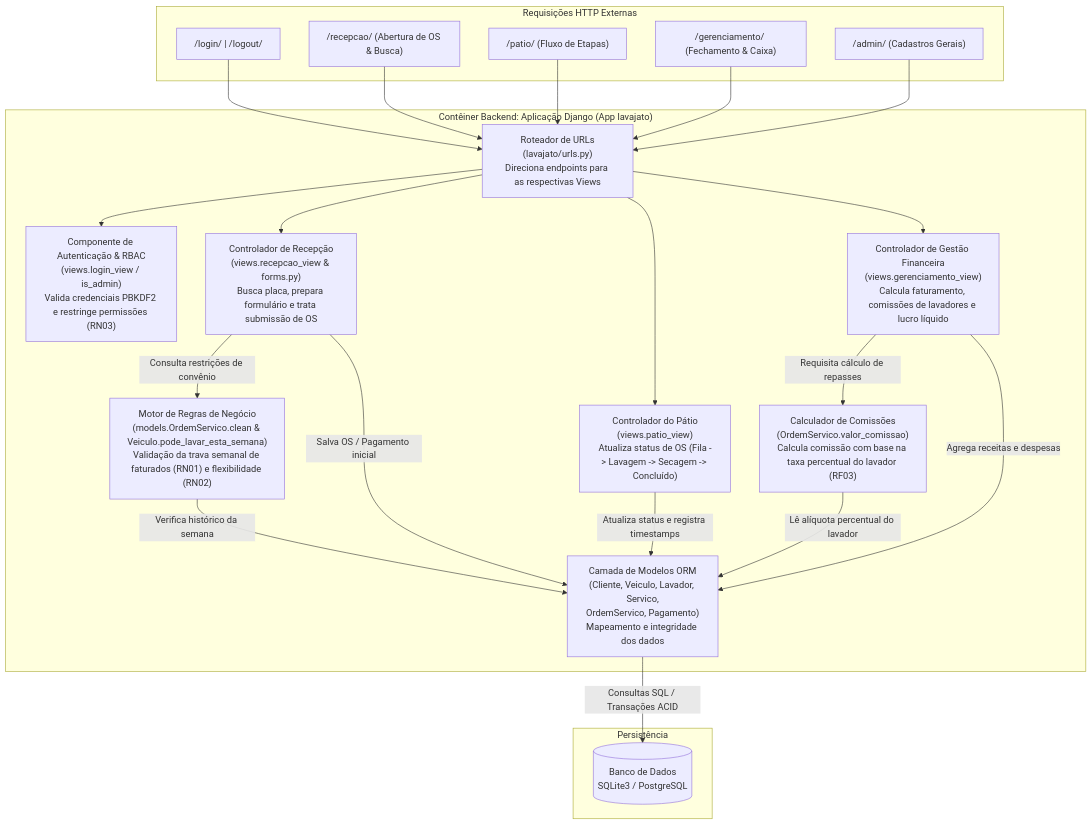
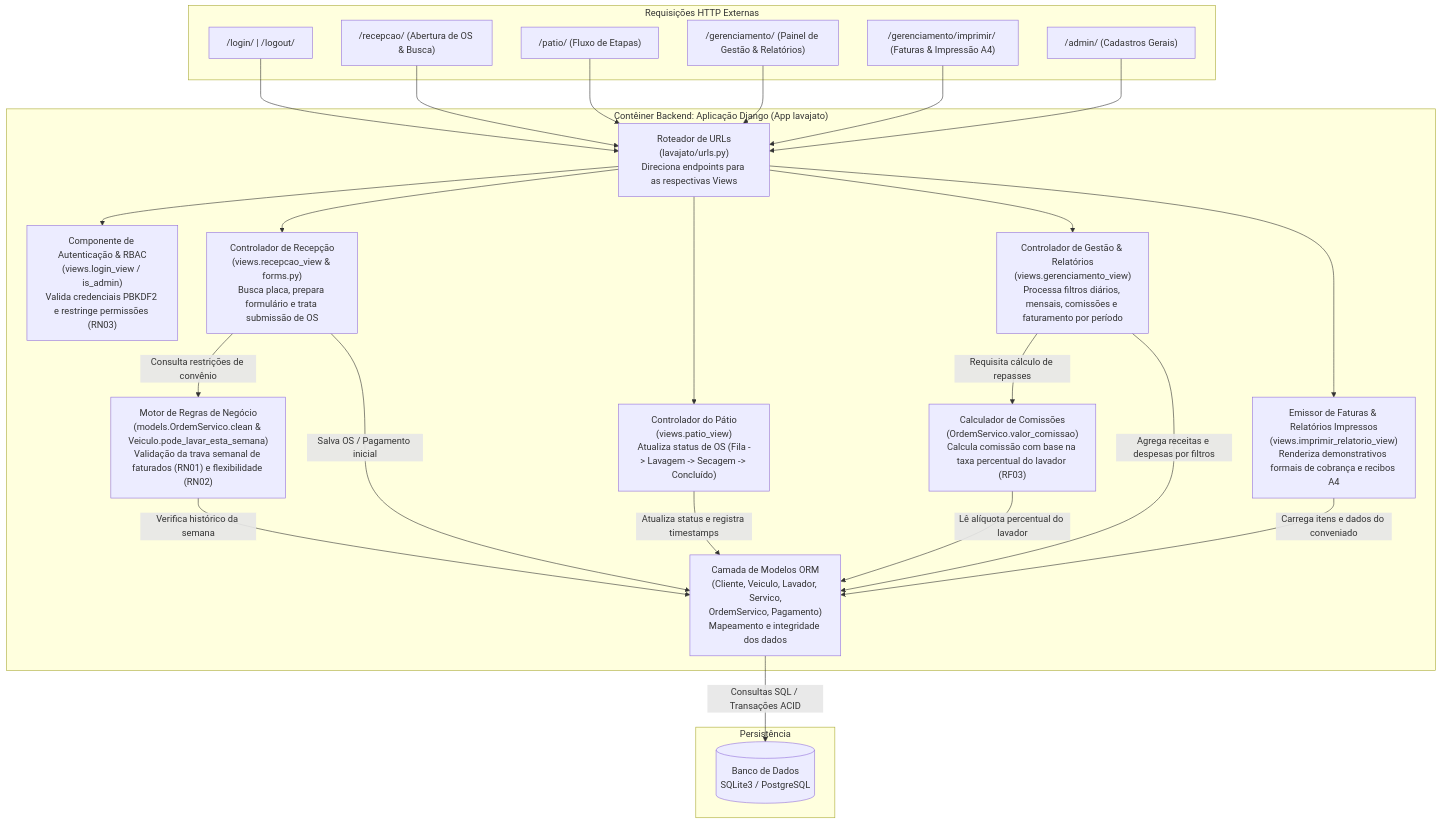
Before and after one commit to ednaldomaciel/projeto_posto_de_lavagem_ciesa: the third of 3 diagrams in docs/arquitetura_e_design.md, drawn with Mermaid. The commit also changed other lines of this file and 35 other files, not shown here.

````diff
--- a/docs/arquitetura_e_design.md
+++ b/docs/arquitetura_e_design.md
@@ -119,54 +119,60 @@
 ```mermaid
 flowchart TD
     subgraph HTTPRequests["Requisições HTTP Externas"]
         ReqLogin["/login/ | /logout/"]
         ReqRecepcao["/recepcao/ (Abertura de OS & Busca)"]
         ReqPatio["/patio/ (Fluxo de Etapas)"]
-        ReqGestao["/gerenciamento/ (Fechamento & Caixa)"]
+        ReqGestao["/gerenciamento/ (Painel de Gestão & Relatórios)"]
+        ReqImprimir["/gerenciamento/imprimir/ (Faturas & Impressão A4)"]
         ReqAdmin["/admin/ (Cadastros Gerais)"]
     end
 
     subgraph DjangoApp["Contêiner Backend: Aplicação Django (App lavajato)"]
         UrlRouter["Roteador de URLs\n(lavajato/urls.py)\nDireciona endpoints para as respectivas Views"]
         
         RBACAuth["Componente de Autenticação & RBAC\n(views.login_view / is_admin)\nValida credenciais PBKDF2 e restringe permissões (RN03)"]
         
         RecepcaoCtrl["Controlador de Recepção\n(views.recepcao_view & forms.py)\nBusca placa, prepara formulário e trata submissão de OS"]
         
         PatioCtrl["Controlador do Pátio\n(views.patio_view)\nAtualiza status de OS (Fila -> Lavagem -> Secagem -> Concluído)"]
         
-        GestaoCtrl["Controlador de Gestão Financeira\n(views.gerenciamento_view)\nCalcula faturamento, comissões de lavadores e lucro líquido"]
+        GestaoCtrl["Controlador de Gestão & Relatórios\n(views.gerenciamento_view)\nProcessa filtros diários, mensais, comissões e faturamento por período"]
+
+        PrintEngine["Emissor de Faturas & Relatórios Impressos\n(views.imprimir_relatorio_view)\nRenderiza demonstrativos formais de cobrança e recibos A4"]
         
         BusinessRules["Motor de Regras de Negócio\n(models.OrdemServico.clean & Veiculo.pode_lavar_esta_semana)\nValidação da trava semanal de faturados (RN01) e flexibilidade (RN02)"]
         
         CommissionEngine["Calculador de Comissões\n(OrdemServico.valor_comissao)\nCalcula comissão com base na taxa percentual do lavador (RF03)"]
 
         ORMModels["Camada de Modelos ORM\n(Cliente, Veiculo, Lavador, Servico,\nOrdemServico, Pagamento)\nMapeamento e integridade dos dados"]
     end
 
     subgraph DataStore["Persistência"]
         DBRelacional[("Banco de Dados\nSQLite3 / PostgreSQL")]
     end
 
     ReqLogin --> UrlRouter
     ReqRecepcao --> UrlRouter
     ReqPatio --> UrlRouter
     ReqGestao --> UrlRouter
+    ReqImprimir --> UrlRouter
     ReqAdmin --> UrlRouter
 
     UrlRouter --> RBACAuth
     UrlRouter --> RecepcaoCtrl
     UrlRouter --> PatioCtrl
     UrlRouter --> GestaoCtrl
+    UrlRouter --> PrintEngine
 
     RecepcaoCtrl -->|"Consulta restrições de convênio"| BusinessRules
     RecepcaoCtrl -->|"Salva OS / Pagamento inicial"| ORMModels
     PatioCtrl -->|"Atualiza status e registra timestamps"| ORMModels
     GestaoCtrl -->|"Requisita cálculo de repasses"| CommissionEngine
-    GestaoCtrl -->|"Agrega receitas e despesas"| ORMModels
+    GestaoCtrl -->|"Agrega receitas e despesas por filtros"| ORMModels
+    PrintEngine -->|"Carrega itens e dados do conveniado"| ORMModels
 
     BusinessRules -->|"Verifica histórico da semana"| ORMModels
     CommissionEngine -->|"Lê alíquota percentual do lavador"| ORMModels
 
     ORMModels -->|"Consultas SQL / Transações ACID"| DBRelacional
 ```
````
